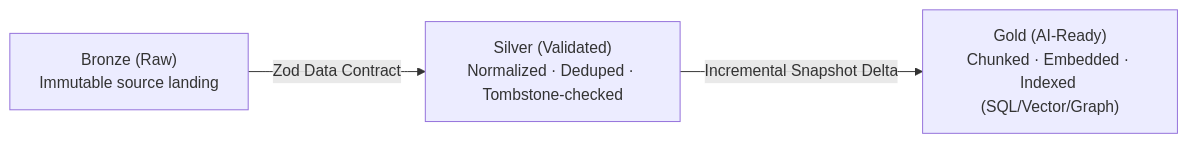
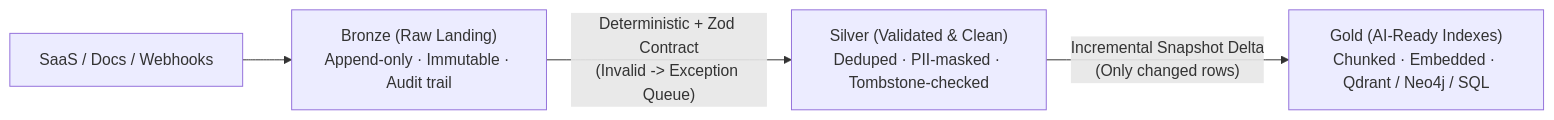
Before and after one commit to Amie-dev/FDE-and-GenAI-Mastery: the first of 2 diagrams in Lecture 25 - AI Data Contracts and Lakehouse Lifecycle/notes/05_Lakehouse_and_Warehouse_Integration.md, drawn with Mermaid. The commit also changed other lines of this file and 92 other files, not shown here.

````diff
--- a/Lecture 25 - AI Data Contracts and Lakehouse Lifecycle/notes/05_Lakehouse_and_Warehouse_Integration.md
+++ b/Lecture 25 - AI Data Contracts and Lakehouse Lifecycle/notes/05_Lakehouse_and_Warehouse_Integration.md
@@ -23,5 +28,6 @@
 ```mermaid
 flowchart LR
-    B["Bronze (Raw)<br/>Immutable source landing"] -->|"Zod Data Contract"| S["Silver (Validated)<br/>Normalized · Deduped · Tombstone-checked"]
-    S -->|"Incremental Snapshot Delta"| G["Gold (AI-Ready)<br/>Chunked · Embedded · Indexed (SQL/Vector/Graph)"]
+    Src["SaaS / Docs / Webhooks"] --> B["Bronze (Raw Landing)<br/>Append-only · Immutable · Audit trail"]
+    B -->|"Deterministic + Zod Contract<br/>(Invalid -> Exception Queue)"| S["Silver (Validated & Clean)<br/>Deduped · PII-masked · Tombstone-checked"]
+    S -->|"Incremental Snapshot Delta<br/>(Only changed rows)"| G["Gold (AI-Ready Indexes)<br/>Chunked · Embedded · Qdrant / Neo4j / SQL"]
 ```
````
